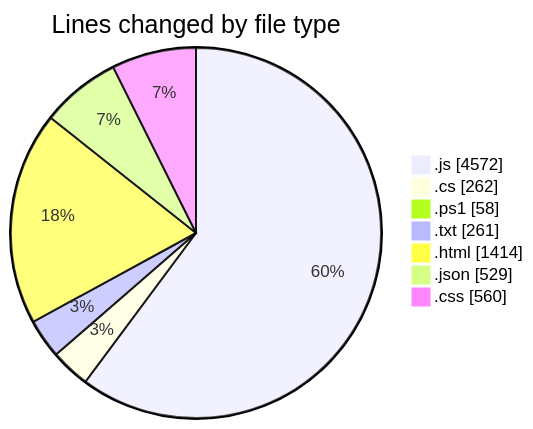
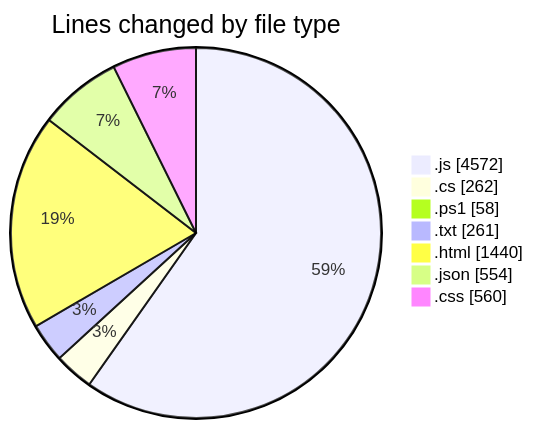
The first of 2 diagrams in 2026-02-17/bot_v1_2/README.md (becaeroporto-bot/code-tracking), drawn with Mermaid before and after one commit. The commit also changed other lines of this file and 1 other file, not shown here.

````diff
--- a/2026-02-17/bot_v1_2/README.md
+++ b/2026-02-17/bot_v1_2/README.md
@@ -38,11 +39,11 @@
 ```mermaid
 pie showData
 title Lines changed by file type
 ".js" : 4572
 ".cs" : 262
 ".ps1" : 58
 ".txt" : 261
-".html" : 1414
-".json" : 529
+".html" : 1440
+".json" : 554
 ".css" : 560
 ```
````
